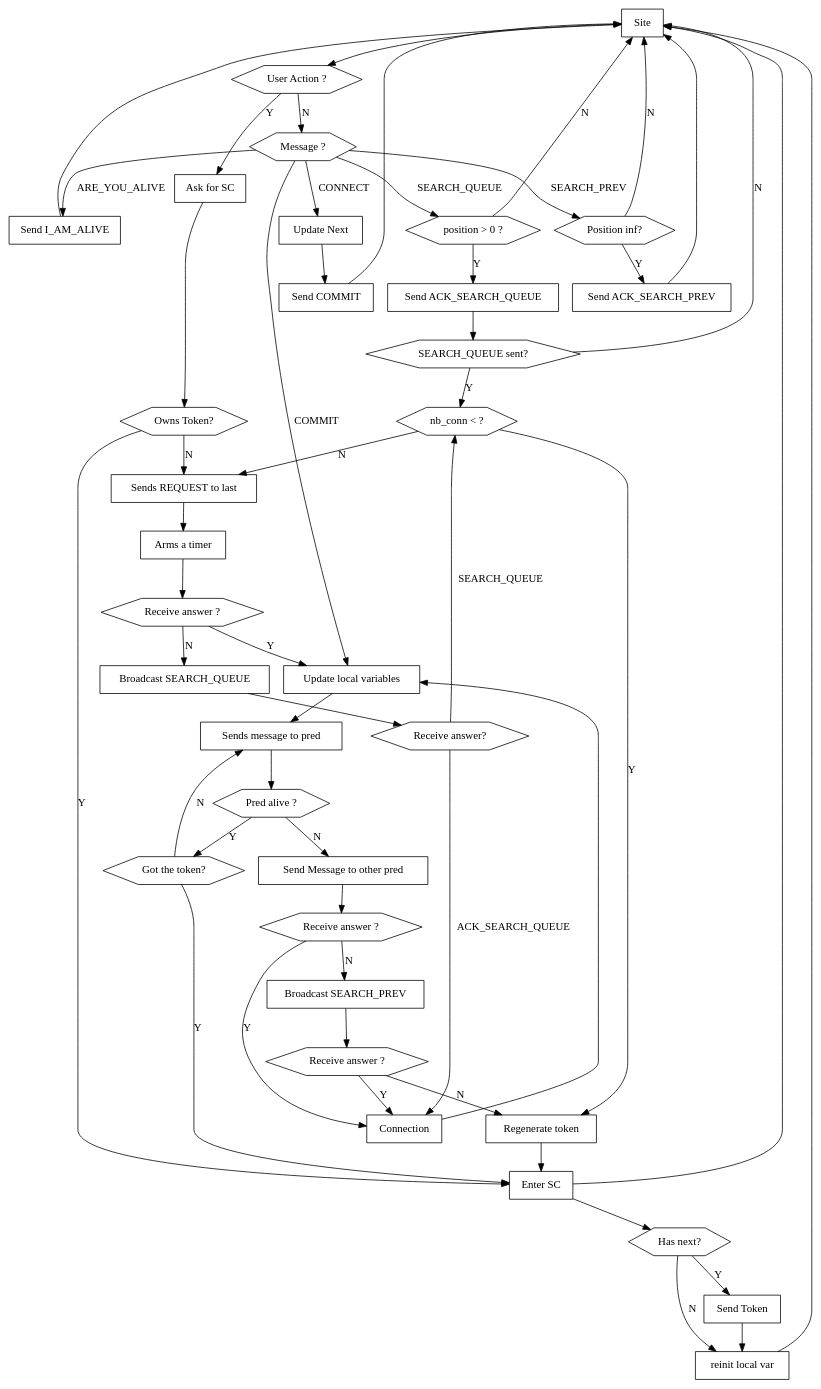
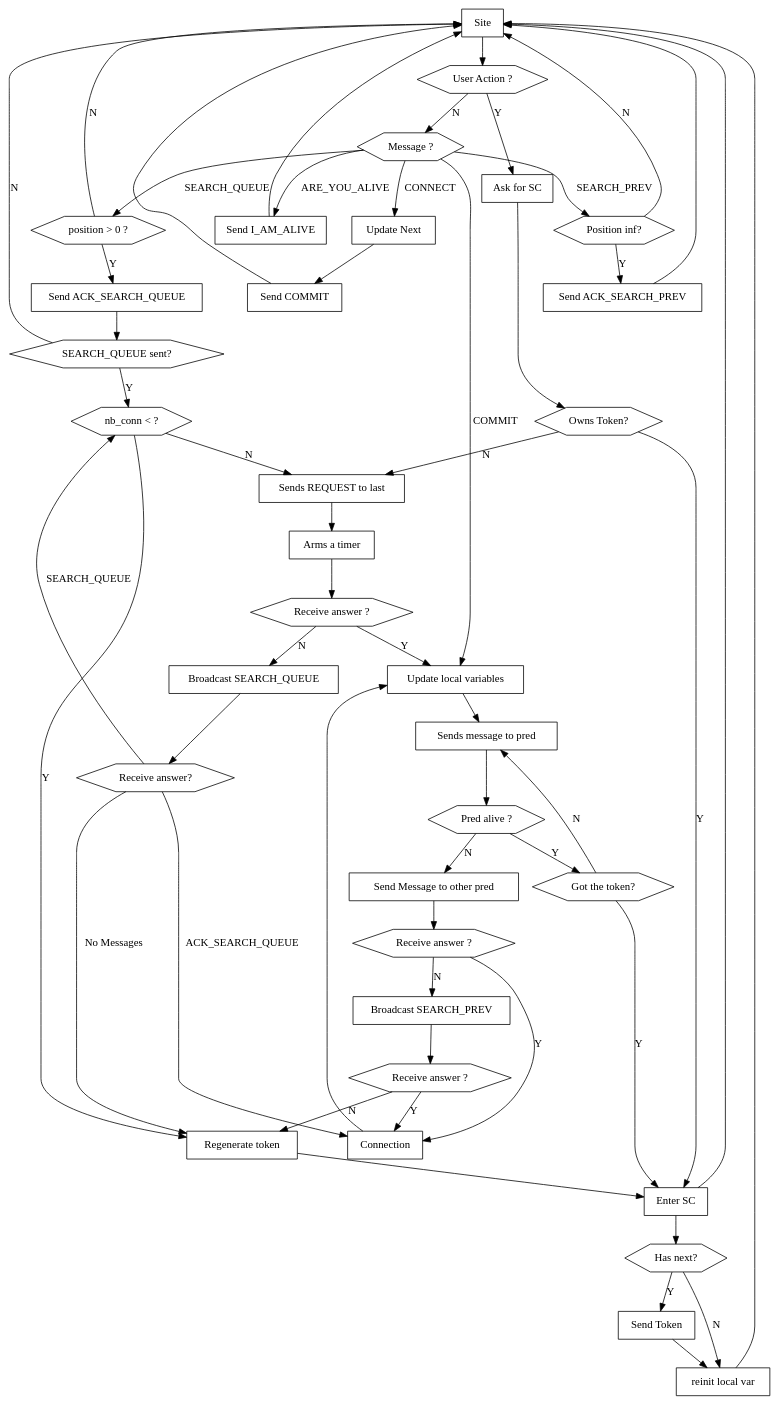
One commit to Origraena/moca changed the diagram in fmin212/TP/algo.dot. Above: the diagram before and after it, drawn with Graphviz. The commit also changed 1 other file, not shown here.

Commit message:
Correction Diagramme

```diff
--- a/fmin212/TP/algo.dot
+++ b/fmin212/TP/algo.dot
@@ -1,106 +1,107 @@
 digraph Algo {
 	node[shape=box]
 	S [label="Site"]
 	Util [shape=hexagon, label="User Action ?"]
 
 	S -> Util;
 
 	Mess[shape=hexagon, label="Message ?"]
 	Dem [label="Ask for SC"]
 	Tok [shape=hexagon, label="Owns Token?"]
 
 	Util -> Dem [label = "Y"]
 	Util -> Mess [label = "N"]
 
 	SC[label="Enter SC"]
 	req[label="Sends REQUEST to last"]
 	tim[label="Arms a timer"]
 	rep[shape=hexagon, label="Receive answer ?"]
 
 	Dem -> Tok;
 	Tok -> SC [label = "Y"]
 	Tok -> req[label = "N"]
 	SC -> S;
 	req->tim;
 	tim->rep;
 
 	var[label="Update local variables"]
 	check[label="Sends message to pred"]
 	viv[shape=hexagon, label="Pred alive ?"]
 	tok2[shape=hexagon, label="Got the token?"]
 	broad2[label="Broadcast SEARCH_QUEUE"]
 	ans3[shape=hexagon, label="Receive answer?"]
 
 	rep->var[label="Y"]
 	rep->broad2[label="N"]
 	broad2->ans3
 	var->check;
 	check->viv;
 	viv->tok2 [label="Y"]
 	tok2->check[label="N"]
 	tok2->SC [label="Y"]
 
 	Detect[label="Send Message to other pred"]
 	ans[shape=hexagon, label="Receive answer ?"]
 	connect[label="Connection"]
 	broad[label="Broadcast SEARCH_PREV"]
 	ans2[shape=hexagon, label="Receive answer ?"]
 	regen[label="Regenerate token"]
 
 	viv->Detect [label="N"]
 	Detect -> ans;
 	ans -> connect [label="Y"]
 	ans->broad [label="N"]
 	broad->ans2;
 	ans2 -> regen [label="N"]
 	ans2 -> connect [label="Y"]
 	regen -> SC;
 	connect -> var;
 
 	Mess -> var [label=COMMIT]
 
 	next[shape=hexagon, label="Has next?"]
 	stok[label="Send Token"]
 	pos[label="reinit local var"]
 
 	SC->next;
 	next->stok [label="Y"]
 	next->pos [label="N"]
 	stok->pos;
 	pos->S;
 
 	aya[label="Send I_AM_ALIVE"]
 	Mess->aya [label="ARE_YOU_ALIVE"]
 	aya->S;
 
 	sp[shape=hexagon, label="Position inf?"]
 	acksp[label="Send ACK_SEARCH_PREV"]
 
 	Mess->sp[label="SEARCH_PREV"]
 	sp->S[label="N"]
 	sp->acksp[label="Y"]
 	acksp->S;
 
 	connected[label="Update Next"]
 	comm[label="Send COMMIT"]
 
 	Mess->connected[label="CONNECT"]
 	connected->comm
 	comm->S
 
 	recq[shape=hexagon, label="position > 0 ?"]
 	sq[label="Send ACK_SEARCH_QUEUE"]
 	sent[shape=hexagon, label="SEARCH_QUEUE sent?"]
 	nb_conn[shape=hexagon, label="nb_conn < ?"]
 
 	ans3->nb_conn[label="SEARCH_QUEUE"]
 	ans3->connect[label="ACK_SEARCH_QUEUE"]
+	ans3->regen[label="No Messages"]
 	Mess->recq[label="SEARCH_QUEUE"]
 	recq->sq[label="Y"]
 	recq->S[label="N"]
 	sq->sent
 	sent->nb_conn[label="Y"]
 	sent->S[label="N"]
 	nb_conn->regen[label="Y"]
 	nb_conn->req[label="N"]
 }
```
